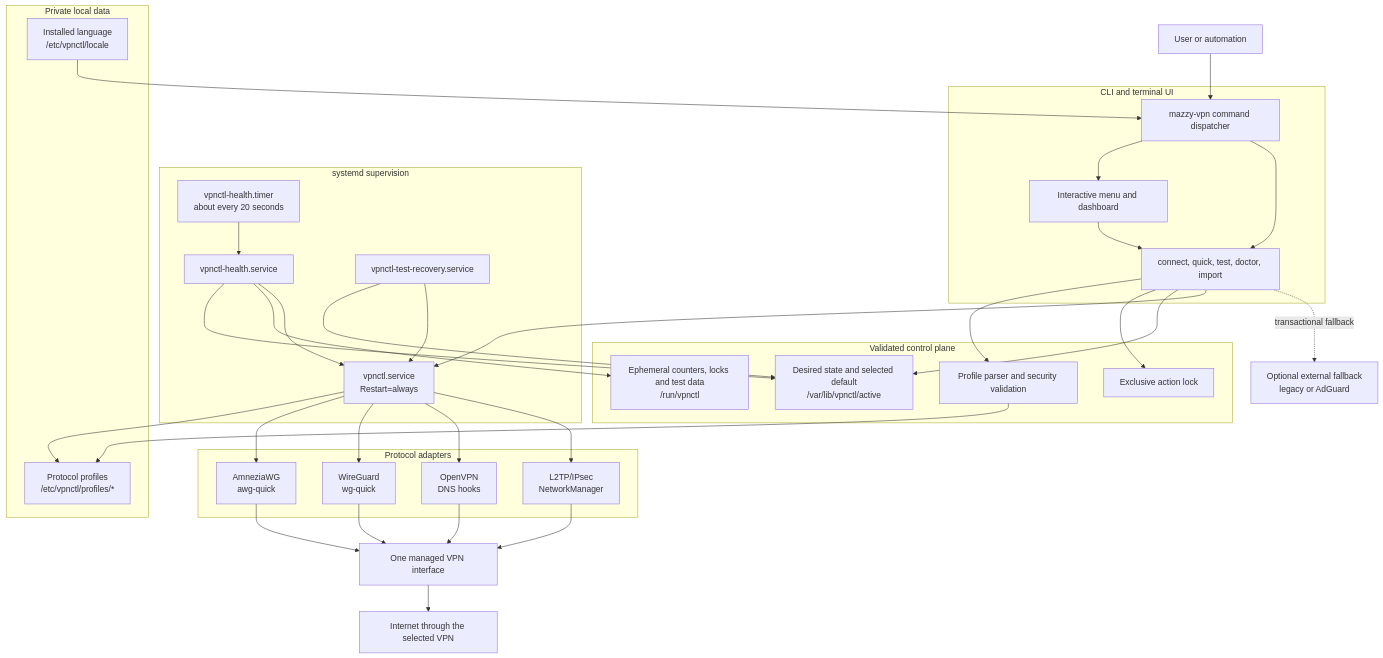
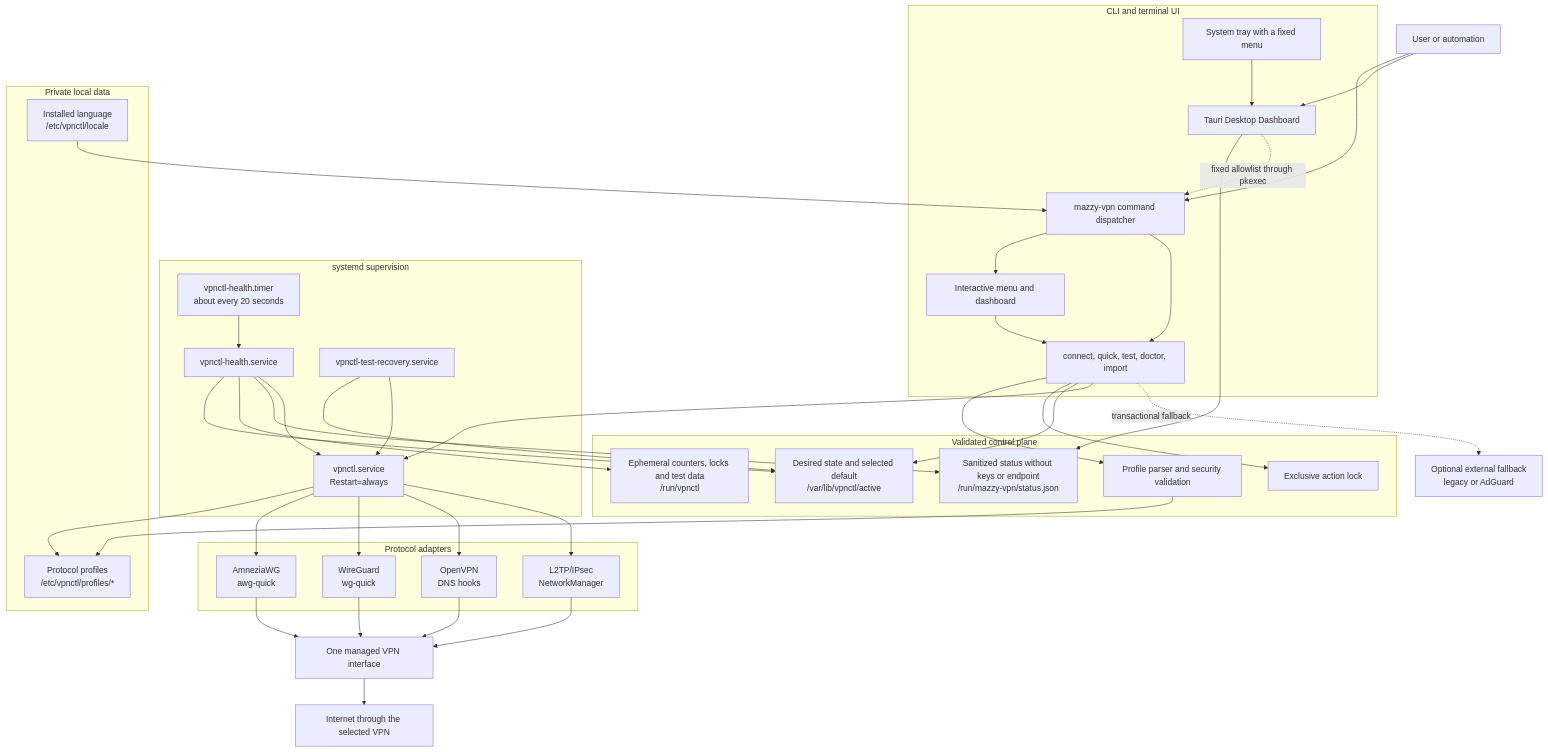
Before and after one commit to mazurovn/mazzy-vpn: the first of 5 diagrams in docs/ARCHITECTURE.en.md, drawn with Mermaid. The commit also changed other lines of this file and 104 other files, not shown here.

Commit message:
Release Mazzy VPN 1.1.0 dashboard and desktop preview

````diff
--- a/docs/ARCHITECTURE.en.md
+++ b/docs/ARCHITECTURE.en.md
@@ -14,68 +15,76 @@
 ```mermaid
 flowchart TB
     User["User or automation"]
 
     subgraph UX["CLI and terminal UI"]
         Entry["mazzy-vpn command dispatcher"]
         TUI["Interactive menu and dashboard"]
+        Desktop["Tauri Desktop Dashboard"]
+        Tray["System tray with a fixed menu"]
         Commands["connect, quick, test, doctor, import"]
     end
 
     subgraph Control["Validated control plane"]
         Validation["Profile parser and security validation"]
         ActionLock["Exclusive action lock"]
         State["Desired state and selected default<br/>/var/lib/vpnctl/active"]
         Runtime["Ephemeral counters, locks and test data<br/>/run/vpnctl"]
+        StatusCache["Sanitized status without keys or endpoint<br/>/run/mazzy-vpn/status.json"]
     end
 
     subgraph Supervisor["systemd supervision"]
         Service["vpnctl.service<br/>Restart=always"]
         Timer["vpnctl-health.timer<br/>about every 20 seconds"]
         Health["vpnctl-health.service"]
         BootRecovery["vpnctl-test-recovery.service"]
     end
 
     subgraph Data["Private local data"]
         Profiles["Protocol profiles<br/>/etc/vpnctl/profiles/*"]
         Locale["Installed language<br/>/etc/vpnctl/locale"]
     end
 
     subgraph Engines["Protocol adapters"]
         AWG["AmneziaWG<br/>awg-quick"]
         WG["WireGuard<br/>wg-quick"]
         OVPN["OpenVPN<br/>DNS hooks"]
         L2TP["L2TP/IPsec<br/>NetworkManager"]
     end
 
     Tunnel["One managed VPN interface"]
     Internet["Internet through the selected VPN"]
     External["Optional external fallback<br/>legacy or AdGuard"]
 
     User --> Entry
+    User --> Desktop
     Entry --> TUI
     Entry --> Commands
     TUI --> Commands
+    Tray --> Desktop
+    Desktop --> StatusCache
+    Desktop -. fixed allowlist through pkexec .-> Entry
     Commands --> Validation
     Validation --> Profiles
     Commands --> ActionLock
     Commands --> State
     Commands --> Service
     Commands -. transactional fallback .-> External
     Timer --> Health
     Health --> State
     Health --> Runtime
+    Health --> StatusCache
     Health --> Service
     BootRecovery --> State
     BootRecovery --> Service
     Service --> Profiles
     Service --> AWG
     Service --> WG
     Service --> OVPN
     Service --> L2TP
     AWG --> Tunnel
     WG --> Tunnel
     OVPN --> Tunnel
     L2TP --> Tunnel
     Tunnel --> Internet
     Locale --> Entry
 ```
````
